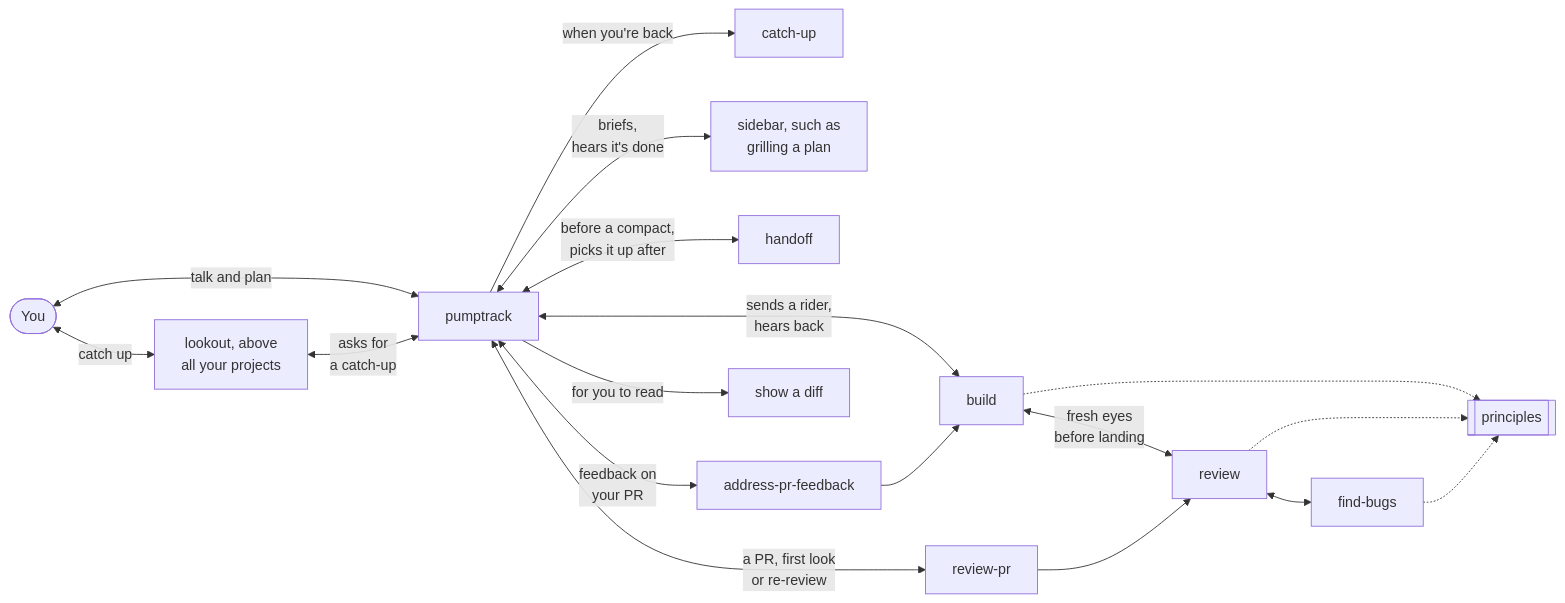
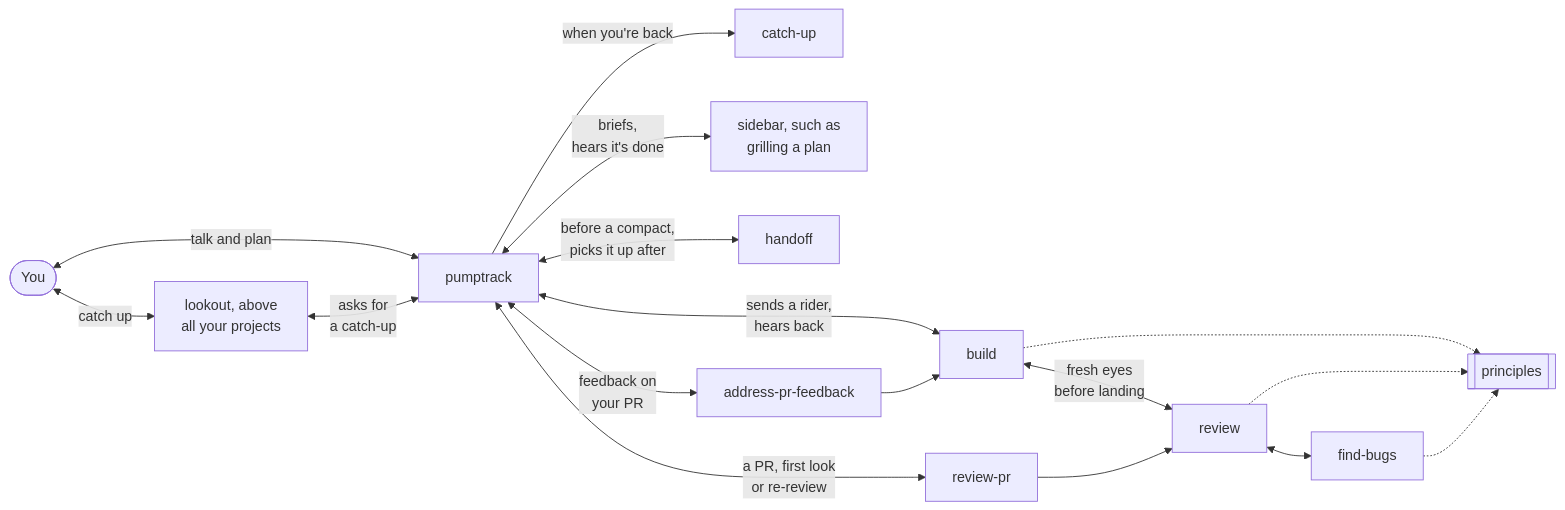
The first of 2 diagrams in README.md (brandonbews/pumptrack), drawn with Mermaid before and after one commit. The commit also changed other lines of this file, not shown here.

Commit message:
README: show-diff is cut from V0.1

````diff
--- a/README.md
+++ b/README.md
@@ -28,20 +28,19 @@
 ```mermaid
 flowchart LR
   you(["You"]) <-->|talk and plan| pt["pumptrack"]
   you <-->|catch up| lookout["lookout, above<br/>all your projects"]
   lookout <-->|"asks for<br/>a catch-up"| pt
   pt -->|"when you're back"| catchup["catch-up"]
   pt <-->|"briefs,<br/>hears it's done"| sidebar["sidebar, such as<br/>grilling a plan"]
   pt <-->|"before a compact,<br/>picks it up after"| handoff["handoff"]
   pt <-->|"sends a rider,<br/>hears back"| build["build"]
   build <-->|"fresh eyes<br/>before landing"| review["review"]
   pt <-->|"a PR, first look<br/>or re-review"| prreview["review-pr"]
   prreview --> review
   pt <-->|"feedback on<br/>your PR"| feedback["address-pr-feedback"]
-  pt -->|for you to read| diff["show a diff"]
   feedback --> build
   review <--> bugs["find-bugs"]
   build -.-> principles[["principles"]]
   review -.-> principles
   bugs -.-> principles
 ```
````
